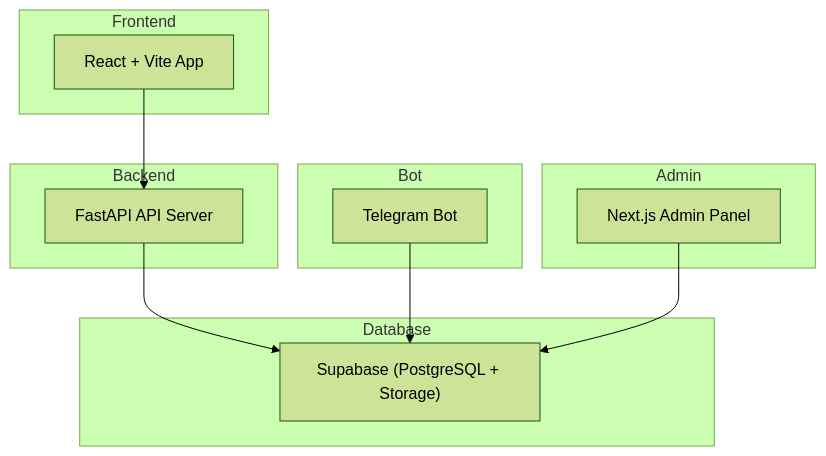
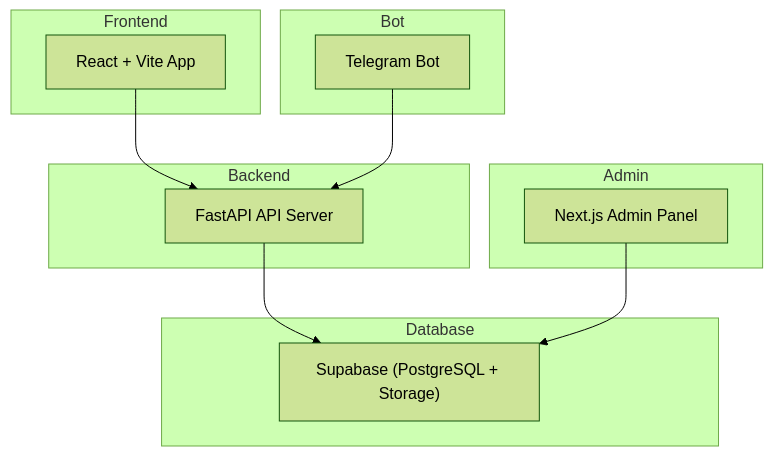
One commit to DevFalkon/NTUGuessr changed the diagram in README.md. Above: the diagram before and after it, drawn with Mermaid (forest theme). The commit also changed other lines of this file and 35 other files, not shown here.

````diff
--- a/README.md
+++ b/README.md
@@ -168,29 +165,29 @@
 ```mermaid
 
 graph TD
 
     subgraph Frontend
         F[React + Vite App]
     end
 
+    subgraph Bot
+        T[Telegram Bot]
+    end
+
     subgraph Backend
         B[FastAPI API Server]
-    end
-
-    subgraph Bot
-        T[Telegram Bot]
     end
 
     subgraph Admin
         A[Next.js Admin Panel]
     end
 
     subgraph Database
         S["Supabase (PostgreSQL + Storage)"]
     end
 
     F --> B
+    T --> B
     B --> S
-    T --> S
     A --> S
 ```
````
